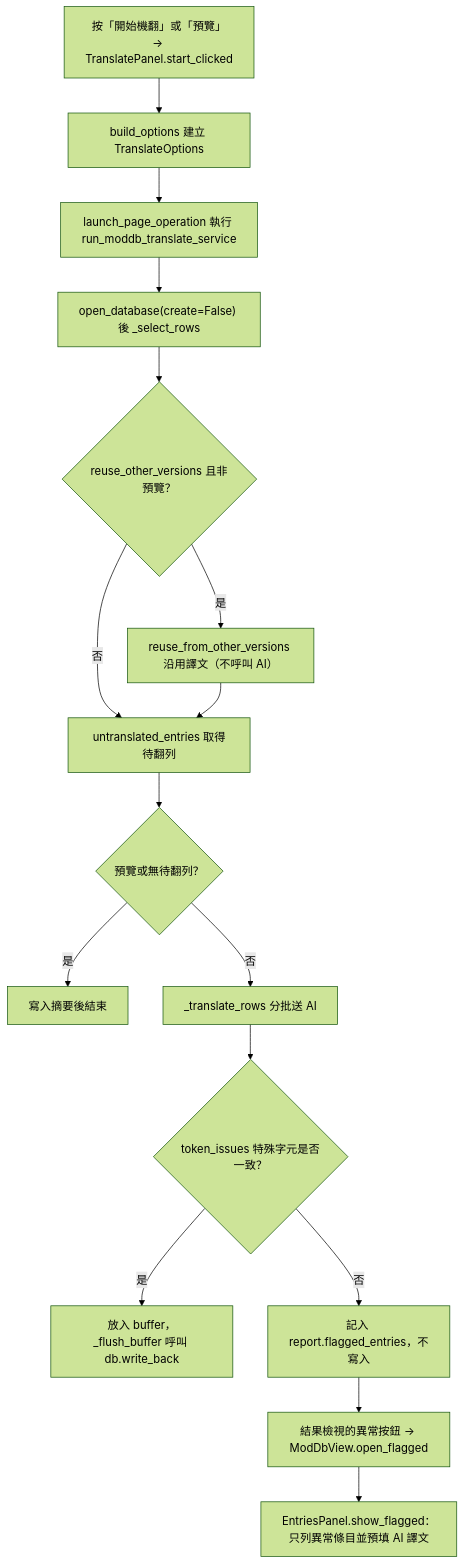
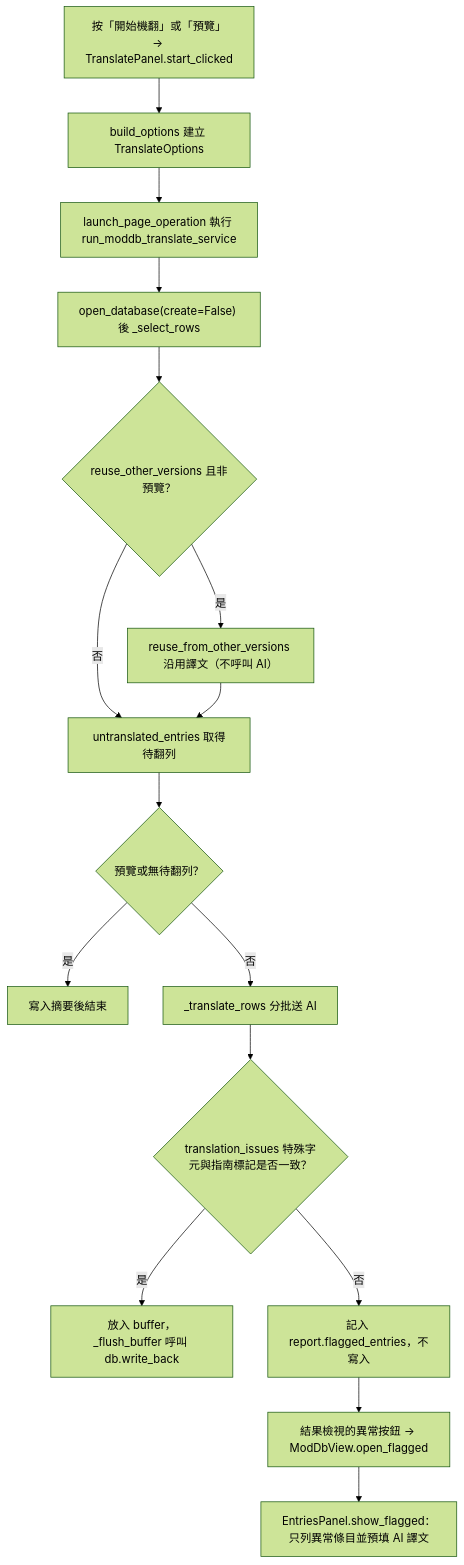
Before and after one commit to jlin53882/Minecraft-translate: the fifth of 7 diagrams in docs/page_flows/moddb.md, drawn with Mermaid (forest theme). The commit also changed other lines of this file and 106 other files, not shown here.

````diff
--- a/docs/page_flows/moddb.md
+++ b/docs/page_flows/moddb.md
@@ -124,18 +126,18 @@
 ```mermaid
 flowchart TD
     A["按「開始機翻」或「預覽」→ TranslatePanel.start_clicked"] --> B["build_options 建立 TranslateOptions"]
     B --> C["launch_page_operation 執行 run_moddb_translate_service"]
     C --> D["open_database(create=False) 後 _select_rows"]
     D --> E{"reuse_other_versions 且非預覽？"}
     E -- 是 --> F["reuse_from_other_versions 沿用譯文（不呼叫 AI）"]
     E -- 否 --> G["untranslated_entries 取得待翻列"]
     F --> G
     G --> H{"預覽或無待翻列？"}
     H -- 是 --> I["寫入摘要後結束"]
     H -- 否 --> J["_translate_rows 分批送 AI"]
-    J --> K{"token_issues 特殊字元是否一致？"}
+    J --> K{"translation_issues 特殊字元與指南標記是否一致？"}
     K -- 是 --> L["放入 buffer，_flush_buffer 呼叫 db.write_back"]
     K -- 否 --> M["記入 report.flagged_entries，不寫入"]
     M --> N["結果檢視的異常按鈕 → ModDbView.open_flagged"]
     N --> O["EntriesPanel.show_flagged：只列異常條目並預填 AI 譯文"]
 ```
````
